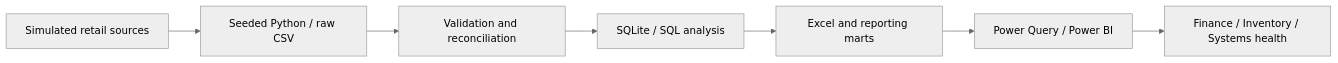
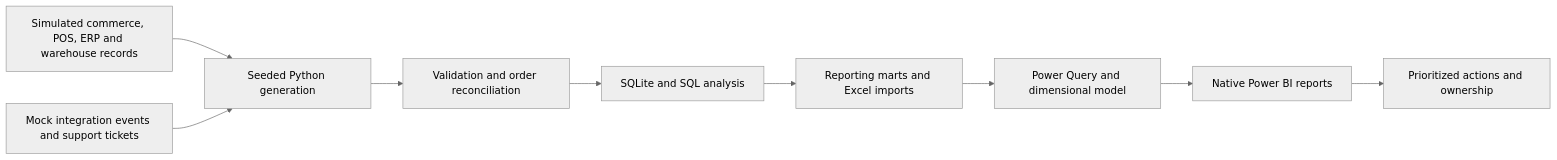
Before and after one commit to sriram369/retail-command-center-360: the diagram in README.md, drawn with Mermaid (neutral theme). The commit also changed other lines of this file and 2 other files, not shown here.

````diff
--- a/README.md
+++ b/README.md
@@ -29,9 +69,11 @@
 ```mermaid
 flowchart LR
- A[Simulated retail sources] --> B[Seeded Python / raw CSV]
- B --> C[Validation and reconciliation]
- C --> D[SQLite / SQL analysis]
- D --> E[Excel and reporting marts]
- E --> F[Power Query / Power BI]
- F --> G[Finance / Inventory / Systems health]
+    A[Simulated commerce, POS, ERP and warehouse records] --> B[Seeded Python generation]
+    C[Mock integration events and support tickets] --> B
+    B --> D[Validation and order reconciliation]
+    D --> E[SQLite and SQL analysis]
+    E --> F[Reporting marts and Excel imports]
+    F --> G[Power Query and dimensional model]
+    G --> H[Native Power BI reports]
+    H --> I[Prioritized actions and ownership]
 ```
````
